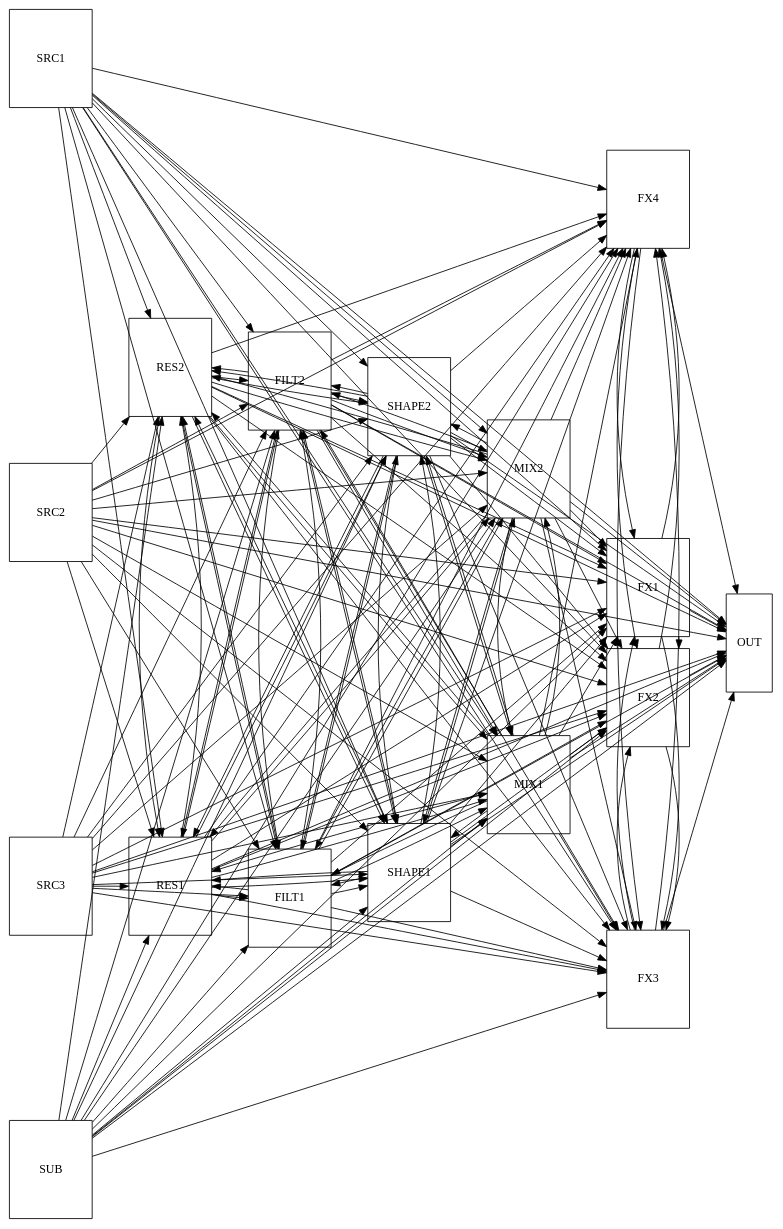
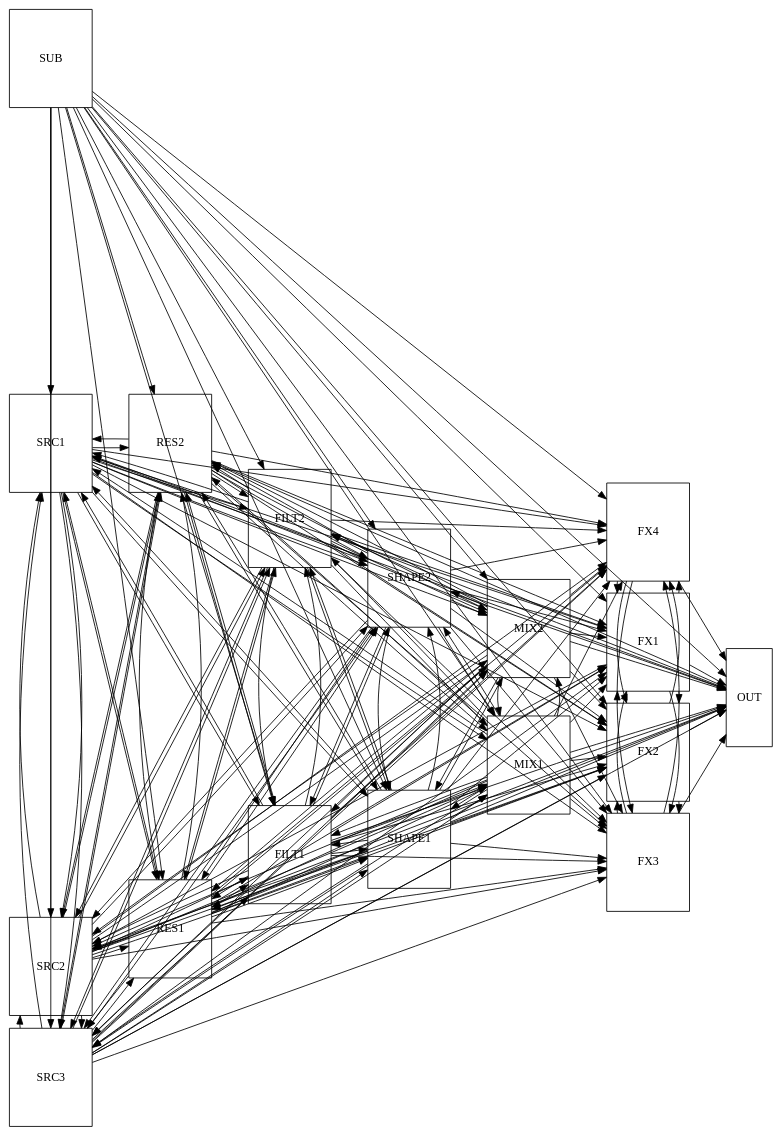
Before and after one commit to highda/iupac-synth-v2: the diagram in scripts/layout-slots.dot, drawn with Graphviz. The commit also changed 17 other files, not shown here.

Commit message:
graph: audio-rate osc-to-osc modulation through the typed fm.modIn and resonator.exciteIn ports (#127) (W18) (#142)

```diff
--- a/scripts/layout-slots.dot
+++ b/scripts/layout-slots.dot
@@ -1,43 +1,59 @@
 // Input for scripts/layout-slots.py (#69, widened by #109): the complete eligible-edge graph of the
 // fixed editor slot set. Columns are pinned with rank=same so dot only decides the vertical order
 // and spacing inside each column. Sizes are inches; the script rescales into 1000x700.
 //
 // D8 adds the dedicated sub slot to the source column and the four-slot effects region in its own
 // band between the mixers and the OUT bus. The effects region is the global post-mixer tail, so it
 // has no edge back into a per-voice slot: FX slots feed each other and the OUT bus only.
 digraph slots {
     rankdir=LR;
     ranksep=0.6;
     nodesep=0.2;
     splines=false;
     node [shape=box, fixedsize=true, width=1.35, height=1.6];
 
     { rank=same; SRC1; SRC2; SRC3; SUB; }
     { rank=same; RES1; RES2; }
     { rank=same; FILT1; FILT2; }
     { rank=same; SHAPE1; SHAPE2; }
     { rank=same; MIX1; MIX2; }
     { rank=same; FX1; FX2; FX3; FX4; }
     { rank=same; OUT [width=0.75, height=1.6]; }
 
     // sources -> every processor, the effects region and the OUT bus
     SRC1 -> {RES1 RES2 FILT1 FILT2 SHAPE1 SHAPE2 MIX1 MIX2 FX1 FX2 FX3 FX4 OUT};
     SRC2 -> {RES1 RES2 FILT1 FILT2 SHAPE1 SHAPE2 MIX1 MIX2 FX1 FX2 FX3 FX4 OUT};
     SRC3 -> {RES1 RES2 FILT1 FILT2 SHAPE1 SHAPE2 MIX1 MIX2 FX1 FX2 FX3 FX4 OUT};
     SUB -> {RES1 RES2 FILT1 FILT2 SHAPE1 SHAPE2 MIX1 MIX2 FX1 FX2 FX3 FX4 OUT};
     // processors -> every other processor, the effects region and the OUT bus (backward runs are
     // legal in the patch as long as the graph stays acyclic; the router returns them below the field)
     RES1 -> {RES2 FILT1 FILT2 SHAPE1 SHAPE2 MIX1 MIX2 FX1 FX2 FX3 FX4 OUT};
     RES2 -> {RES1 FILT1 FILT2 SHAPE1 SHAPE2 MIX1 MIX2 FX1 FX2 FX3 FX4 OUT};
     FILT1 -> {RES1 RES2 FILT2 SHAPE1 SHAPE2 MIX1 MIX2 FX1 FX2 FX3 FX4 OUT};
     FILT2 -> {RES1 RES2 FILT1 SHAPE1 SHAPE2 MIX1 MIX2 FX1 FX2 FX3 FX4 OUT};
     SHAPE1 -> {RES1 RES2 FILT1 FILT2 SHAPE2 MIX1 MIX2 FX1 FX2 FX3 FX4 OUT};
     SHAPE2 -> {RES1 RES2 FILT1 FILT2 SHAPE1 MIX1 MIX2 FX1 FX2 FX3 FX4 OUT};
     MIX1 -> {RES1 RES2 FILT1 FILT2 SHAPE1 SHAPE2 MIX2 FX1 FX2 FX3 FX4 OUT};
     MIX2 -> {RES1 RES2 FILT1 FILT2 SHAPE1 SHAPE2 MIX1 FX1 FX2 FX3 FX4 OUT};
     // the global tail -> only another effects slot or the OUT bus
     FX1 -> {FX2 FX3 FX4 OUT};
     FX2 -> {FX1 FX3 FX4 OUT};
     FX3 -> {FX1 FX2 FX4 OUT};
     FX4 -> {FX1 FX2 FX3 OUT};
+
+    // D8 audio-rate modulation inputs (#127): the typed `modIn` anchor on a source slot and the
+    // typed `exciteIn` anchor on a resonator slot are eligible edge destinations too. Every
+    // per-voice slot may drive them; the effects region may not, so no FX edge appears here. The
+    // `exciteIn` destinations are already covered by the resonator runs above, so only the
+    // backward runs into the source column are new.
+    RES1 -> SRC1; RES1 -> SRC2; RES1 -> SRC3;
+    RES2 -> SRC1; RES2 -> SRC2; RES2 -> SRC3;
+    FILT1 -> SRC1; FILT1 -> SRC2; FILT1 -> SRC3;
+    FILT2 -> SRC1; FILT2 -> SRC2; FILT2 -> SRC3;
+    SHAPE1 -> SRC1; SHAPE1 -> SRC2; SHAPE1 -> SRC3;
+    SHAPE2 -> SRC1; SHAPE2 -> SRC2; SHAPE2 -> SRC3;
+    MIX1 -> SRC1; MIX1 -> SRC2; MIX1 -> SRC3;
+    MIX2 -> SRC1; MIX2 -> SRC2; MIX2 -> SRC3;
+    SUB -> SRC1; SUB -> SRC2; SUB -> SRC3;
+    SRC1 -> {SRC2 SRC3}; SRC2 -> {SRC1 SRC3}; SRC3 -> {SRC1 SRC2};
 }
```
